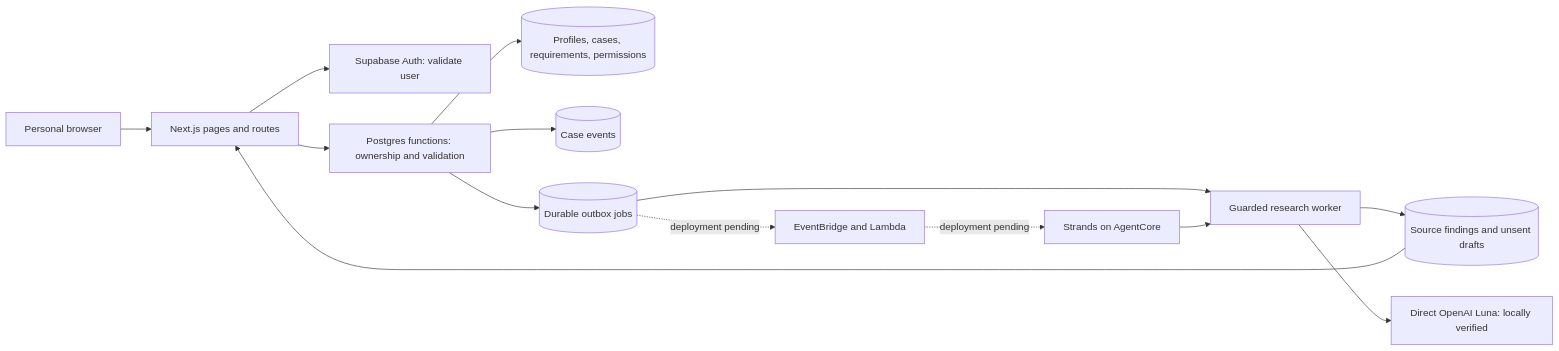
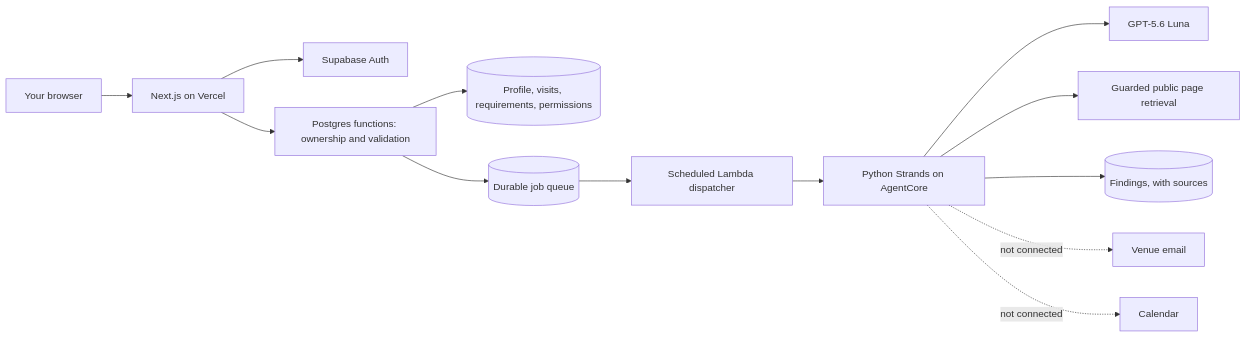
The diagram in README.md (hassanali-ko/Verra), drawn with Mermaid before and after one commit. The commit also changed other lines of this file, not shown here.

````diff
--- a/README.md
+++ b/README.md
@@ -77,16 +86,15 @@
 ```mermaid
 flowchart LR
-    Browser[Personal browser] --> Next[Next.js pages and routes]
-    Next --> Auth[Supabase Auth: validate user]
+    Browser[Your browser] --> Next[Next.js on Vercel]
+    Next --> Auth[Supabase Auth]
     Next --> RPC[Postgres functions: ownership and validation]
-    RPC --> Records[(Profiles, cases, requirements, permissions)]
-    RPC --> Audit[(Case events)]
-    RPC --> Outbox[(Durable outbox jobs)]
-    Outbox --> Worker[Guarded research worker]
-    Worker --> Reports[(Source findings and unsent drafts)]
-    Reports --> Next
-    Outbox -. deployment pending .-> Dispatch[EventBridge and Lambda]
-    Dispatch -. deployment pending .-> Agent[Strands on AgentCore]
-    Worker --> Model[Direct OpenAI Luna: locally verified]
-    Agent --> Worker
+    RPC --> Records[(Profile, visits, requirements, permissions)]
+    RPC --> Outbox[(Durable job queue)]
+    Outbox --> Lambda[Scheduled Lambda dispatcher]
+    Lambda --> Agent[Python Strands on AgentCore]
+    Agent --> Luna[GPT-5.6 Luna]
+    Agent --> Pages[Guarded public page retrieval]
+    Agent --> Reports[(Findings, with sources)]
+    Agent -. not connected .-> Mail[Venue email]
+    Agent -. not connected .-> Cal[Calendar]
 ```
````
